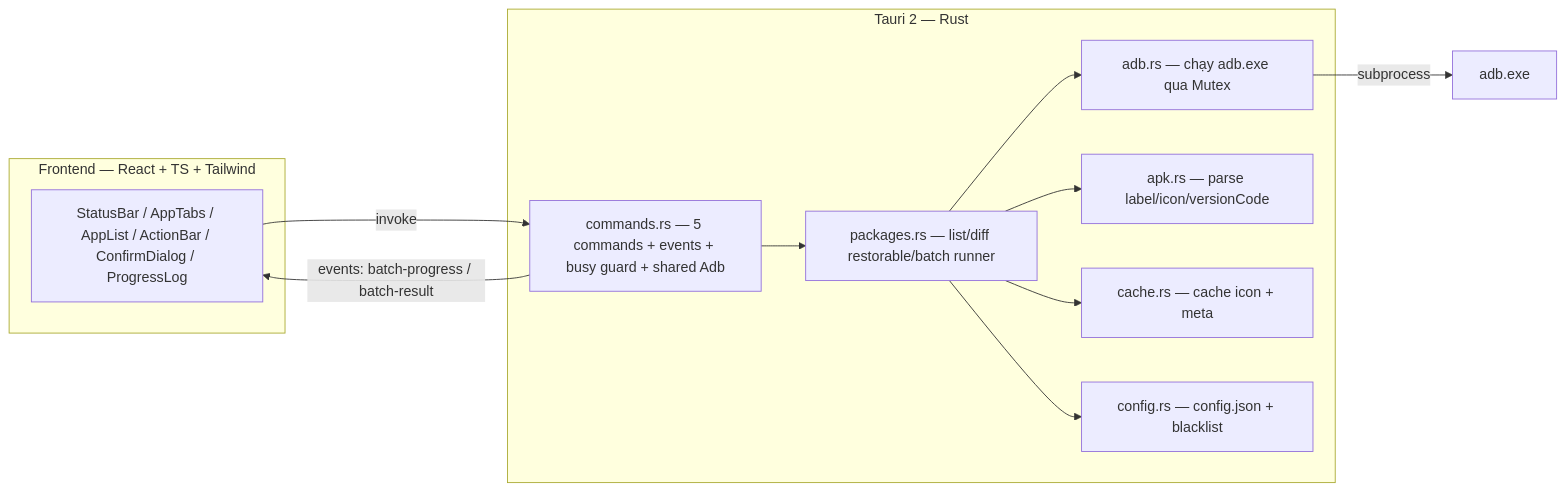
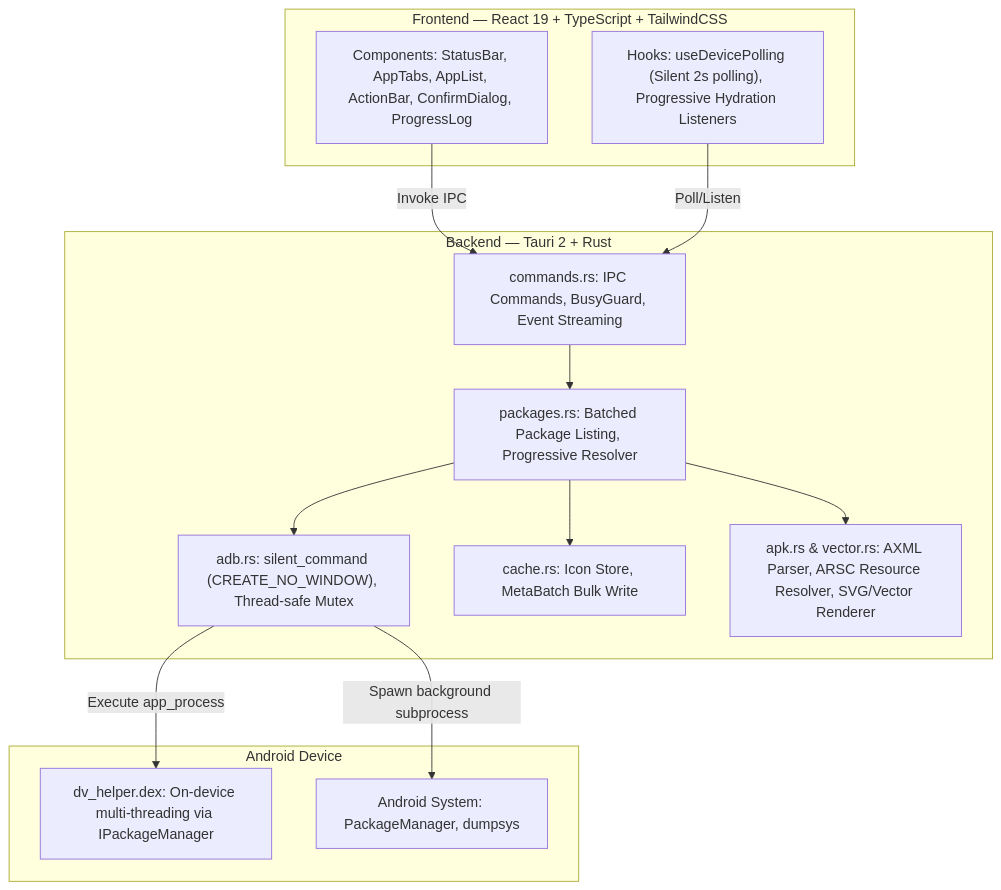
One commit to ntd237/droid-vault-12092026 changed the diagram in README.md. Above: the diagram before and after it, drawn with Mermaid. The commit also changed other lines of this file and 6 other files, not shown here.

````diff
--- a/README.md
+++ b/README.md
@@ -99,18 +57,29 @@
 ```mermaid
-flowchart LR
-    subgraph FE[Frontend — React + TS + Tailwind]
-        UI[StatusBar / AppTabs / AppList / ActionBar / ConfirmDialog / ProgressLog]
+flowchart TD
+    subgraph Frontend["Frontend — React 19 + TypeScript + TailwindCSS"]
+        UI["Components: StatusBar, AppTabs, AppList, ActionBar, ConfirmDialog, ProgressLog"]
+        HOOK["Hooks: useDevicePolling (Silent 2s polling), Progressive Hydration Listeners"]
     end
-    subgraph BE[Tauri 2 — Rust]
-        CMD[commands.rs — 5 commands + events + busy guard + shared Adb]
-        SVC[packages.rs — list/diff restorable/batch runner]
-        ADB[adb.rs — chạy adb.exe qua Mutex]
-        APK[apk.rs — parse label/icon/versionCode]
-        CACHE[cache.rs — cache icon + meta]
-        CFG[config.rs — config.json + blacklist]
+
+    subgraph Backend["Backend — Tauri 2 + Rust"]
+        CMD["commands.rs: IPC Commands, BusyGuard, Event Streaming"]
+        PKG["packages.rs: Batched Package Listing, Progressive Resolver"]
+        ADB["adb.rs: silent_command (CREATE_NO_WINDOW), Thread-safe Mutex"]
+        CACHE["cache.rs: Icon Store, MetaBatch Bulk Write"]
+        APK_VEC["apk.rs & vector.rs: AXML Parser, ARSC Resource Resolver, SVG/Vector Renderer"]
     end
-    UI -->|invoke| CMD --> SVC
-    SVC --> ADB & APK & CACHE & CFG
-    CMD -->|events: batch-progress / batch-result| UI
-    ADB -->|subprocess| ADBEXE[adb.exe]
+
+    subgraph Device["Android Device"]
+        DEX["dv_helper.dex: On-device multi-threading via IPackageManager"]
+        PM["Android System: PackageManager, dumpsys"]
+    end
+
+    UI -->|Invoke IPC| CMD
+    HOOK -->|Poll/Listen| CMD
+    CMD --> PKG
+    PKG --> CACHE
+    PKG --> ADB
+    PKG --> APK_VEC
+    ADB -->|Spawn background subprocess| PM
+    ADB -->|Execute app_process| DEX
 ```
````
